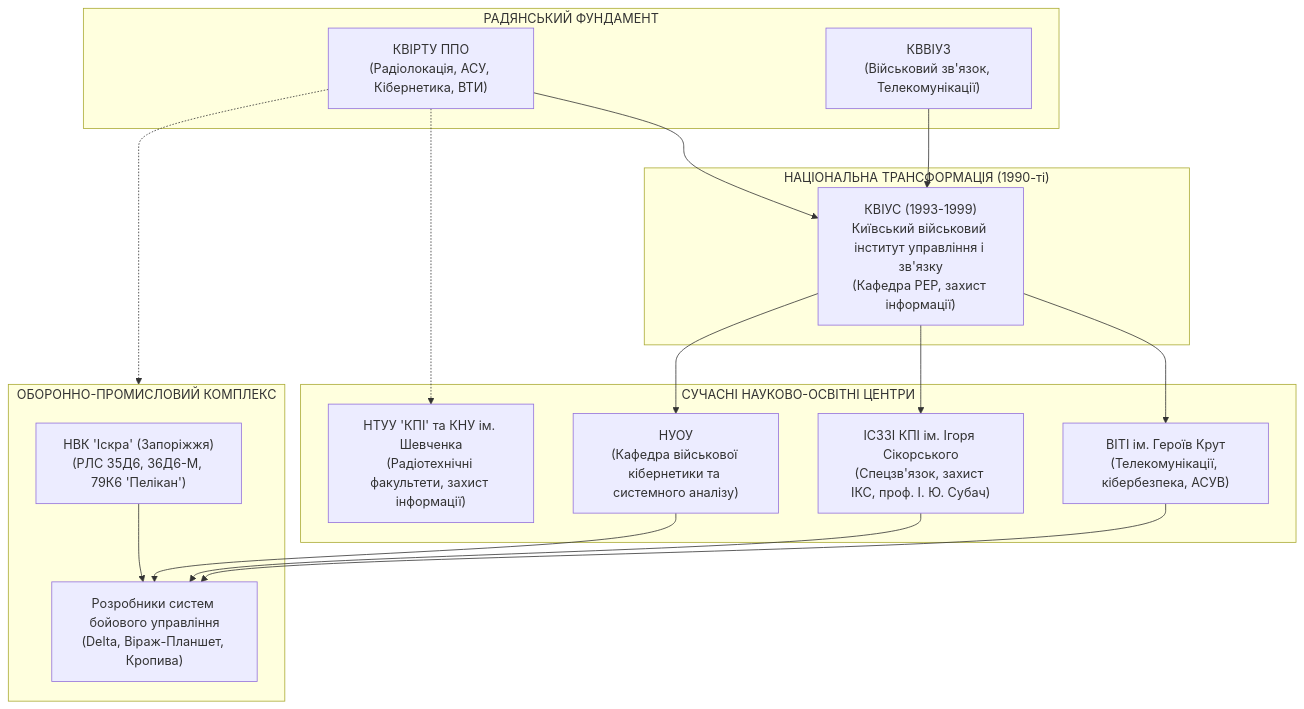
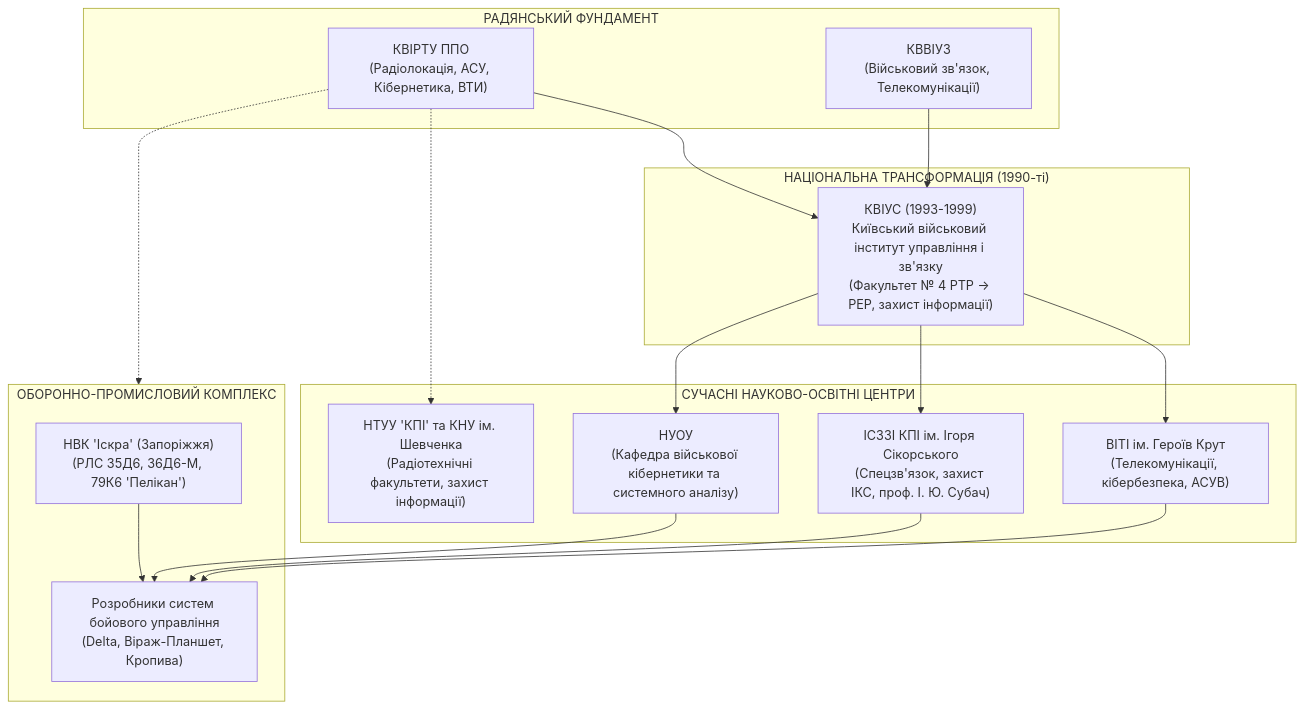
The fourth of 6 diagrams in MilTech/Ukrainian-Military-Cybernetics-School-UA.md (nick-fedchik/articles), drawn with Mermaid before and after one commit. The commit also changed other lines of this file and 12 other files, not shown here.

Commit message:
docs(MilTech): enrich monograph with KVIRTU PPO / KVIUS scientific schools, exact chronology, and DefTech cases

````diff
--- a/MilTech/Ukrainian-Military-Cybernetics-School-UA.md
+++ b/MilTech/Ukrainian-Military-Cybernetics-School-UA.md
@@ -254,32 +292,32 @@
 ```mermaid
 flowchart TD
     subgraph Roots["РАДЯНСЬКИЙ ФУНДАМЕНТ"]
-        KVIRTU["КВІРТУ ППО\n(Радіолокація, АСУ, Кібернетика, ВТИ)"]
-        KVVIUZ["КВВІУЗ\n(Військовий зв'язок, Телекомунікації)"]
+        KVIRTU["КВІРТУ ППО<br/>(Радіолокація, АСУ, Кібернетика, ВТИ)"]
+        KVVIUZ["КВВІУЗ<br/>(Військовий зв'язок, Телекомунікації)"]
     end
 
     subgraph Transformation["НАЦІОНАЛЬНА ТРАНСФОРМАЦІЯ (1990-ті)"]
-        KVIUS["КВІУС (1993-1999)\nКиївський військовий інститут управління і зв'язку\n(Кафедра РЕР, захист інформації)"]
+        KVIUS["КВІУС (1993-1999)<br/>Київський військовий інститут управління і зв'язку<br/>(Факультет № 4 РТР -> РЕР, захист інформації)"]
     end
 
     subgraph ModernAcademia["СУЧАСНІ НАУКОВО-ОСВІТНІ ЦЕНТРИ"]
-        VITI["ВІТІ ім. Героїв Крут\n(Телекомунікації, кібербезпека, АСУВ)"]
-        ISZZI["ІСЗЗІ КПІ ім. Ігоря Сікорського\n(Спецзв'язок, захист ІКС, проф. І. Ю. Субач)"]
-        NUOU["НУОУ\n(Кафедра військової кібернетики та системного аналізу)"]
-        KPI_KNU["НТУУ 'КПІ' та КНУ ім. Шевченка\n(Радіотехнічні факультети, захист інформації)"]
+        VITI["ВІТІ ім. Героїв Крут<br/>(Телекомунікації, кібербезпека, АСУВ)"]
+        ISZZI["ІСЗЗІ КПІ ім. Ігоря Сікорського<br/>(Спецзв'язок, захист ІКС, проф. І. Ю. Субач)"]
+        NUOU["НУОУ<br/>(Кафедра військової кібернетики та системного аналізу)"]
+        KPI_KNU["НТУУ 'КПІ' та КНУ ім. Шевченка<br/>(Радіотехнічні факультети, захист інформації)"]
     end
 
     subgraph Industry["ОБОРОННО-ПРОМИСЛОВИЙ КОМПЛЕКС"]
-        Iskra["НВК 'Іскра' (Запоріжжя)\n(РЛС 35Д6, 36Д6-М, 79К6 'Пелікан')"]
-        DigitalDev["Розробники систем бойового управління\n(Delta, Віраж-Планшет, Кропива)"]
+        Iskra["НВК 'Іскра' (Запоріжжя)<br/>(РЛС 35Д6, 36Д6-М, 79К6 'Пелікан')"]
+        DigitalDev["Розробники систем бойового управління<br/>(Delta, Віраж-Планшет, Кропива)"]
     end
 
     KVIRTU & KVVIUZ --> KVIUS
     KVIUS --> VITI
     KVIUS --> ISZZI
     KVIUS --> NUOU
     KVIRTU -.-> Industry
     KVIRTU -.-> KPI_KNU
     VITI & ISZZI & NUOU --> DigitalDev
     Iskra --> DigitalDev
 ```
````
